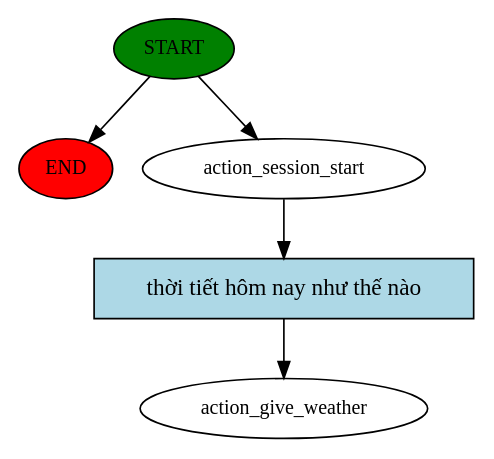
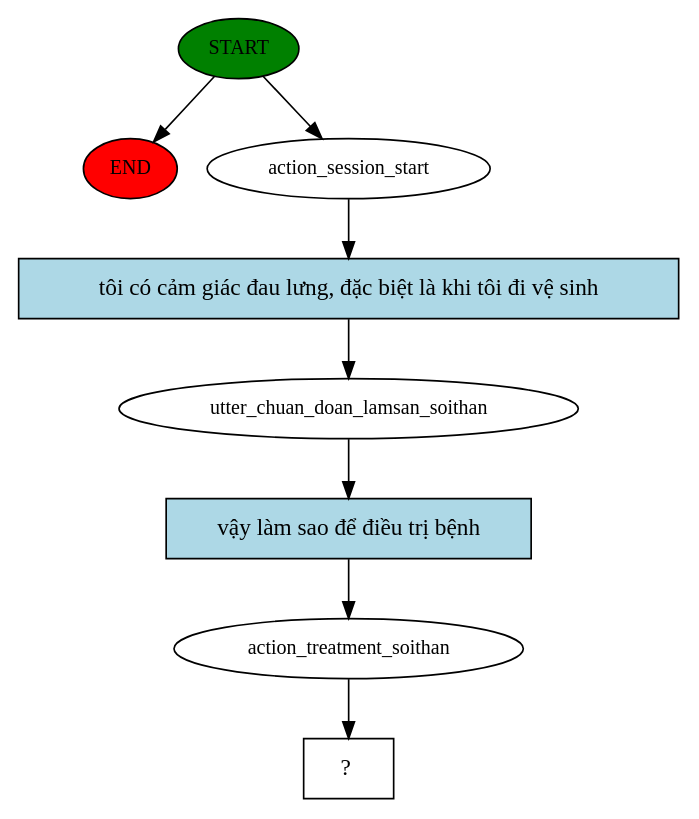
One commit to doquocang/Klee-TheHealthBot changed the diagram in story_graph.dot. Above: the diagram before and after it, drawn with Graphviz. The commit also changed 24 other files, not shown here.

```diff
--- a/story_graph.dot
+++ b/story_graph.dot
@@ -1,11 +1,17 @@
 digraph  {
 0 [class="start active", fillcolor=green, fontsize=12, label=START, style=filled];
 "-1" [class=end, fillcolor=red, fontsize=12, label=END, style=filled];
 1 [class=active, fontsize=12, label=action_session_start];
-2 [class="dashed active", fontsize=12, label=action_give_weather];
-3 [class="intent active", fillcolor=lightblue, label="thời tiết hôm nay như thế nào", shape=rect, style=filled];
+2 [class=active, fontsize=12, label=utter_chuan_doan_lamsan_soithan];
+3 [class=active, fontsize=12, label=action_treatment_soithan];
+4 [class="intent dashed active", label="  ?  ", shape=rect];
+5 [class="intent active", fillcolor=lightblue, label="tôi có cảm giác đau lưng, đặc biệt là khi tôi đi vệ sinh", shape=rect, style=filled];
+6 [class="intent active", fillcolor=lightblue, label="vậy làm sao để điều trị bệnh", shape=rect, style=filled];
 0 -> "-1"  [class="", key=NONE, label=""];
 0 -> 1  [class=active, key=NONE, label=""];
-1 -> 3  [class=active, key=0];
-3 -> 2  [class=active, key=0];
+1 -> 5  [class=active, key=0];
+2 -> 6  [class=active, key=0];
+3 -> 4  [class=active, key=NONE, label=""];
+5 -> 2  [class=active, key=0];
+6 -> 3  [class=active, key=0];
 }
```
